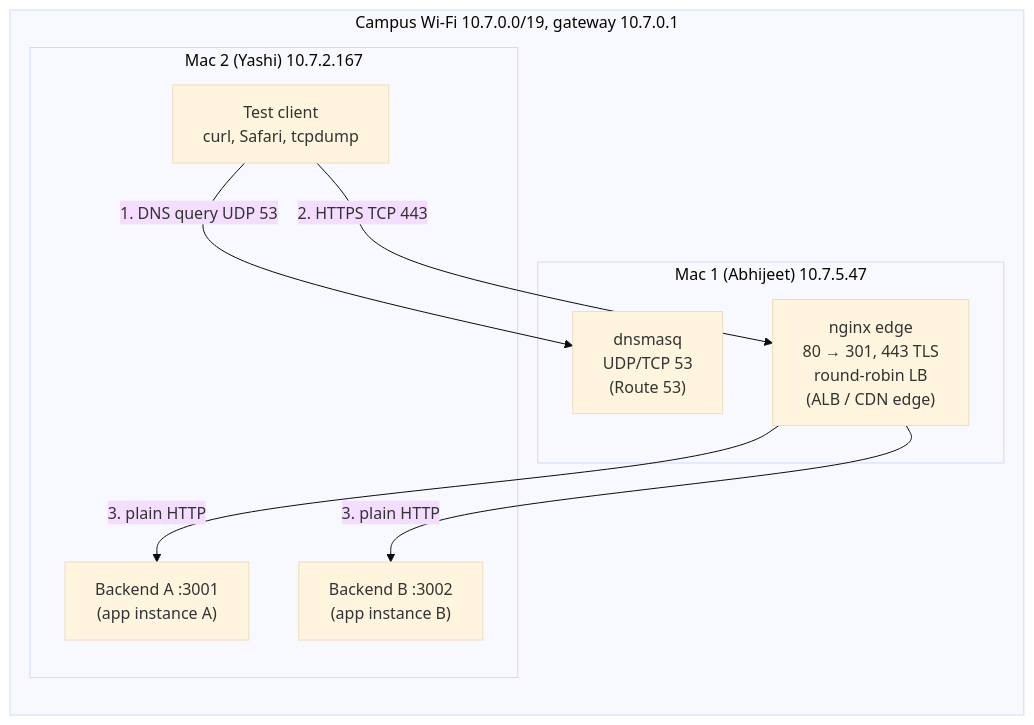
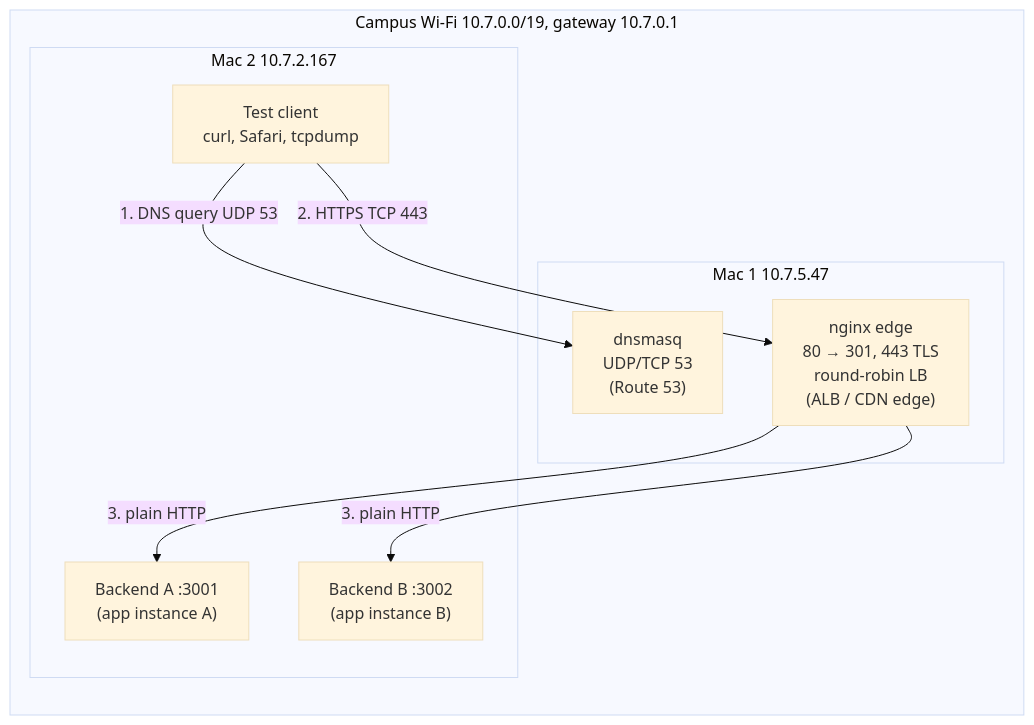
One commit to 11yashiagrawal/cn-project-teamepicrouter changed the diagram in docs/architecture.md. Above: the diagram before and after it, drawn with Mermaid (base theme). The commit also changed other lines of this file and 42 other files, not shown here.

````diff
--- a/docs/architecture.md
+++ b/docs/architecture.md
@@ -7,18 +7,18 @@
 ```mermaid
 flowchart LR
   subgraph LAN["Campus Wi-Fi 10.7.0.0/19, gateway 10.7.0.1"]
-    subgraph M1["Mac 1 (Abhijeet) 10.7.5.47"]
+    subgraph M1["Mac 1 10.7.5.47"]
       DNS["dnsmasq<br/>UDP/TCP 53<br/>(Route 53)"]
       EDGE["nginx edge<br/>80 → 301, 443 TLS<br/>round-robin LB<br/>(ALB / CDN edge)"]
     end
-    subgraph M2["Mac 2 (Yashi) 10.7.2.167"]
+    subgraph M2["Mac 2 10.7.2.167"]
       CLIENT["Test client<br/>curl, Safari, tcpdump"]
       A["Backend A :3001<br/>(app instance A)"]
       B["Backend B :3002<br/>(app instance B)"]
     end
   end
   CLIENT -- "1. DNS query UDP 53" --> DNS
   CLIENT -- "2. HTTPS TCP 443" --> EDGE
   EDGE -- "3. plain HTTP" --> A
   EDGE -- "3. plain HTTP" --> B
 ```
````
